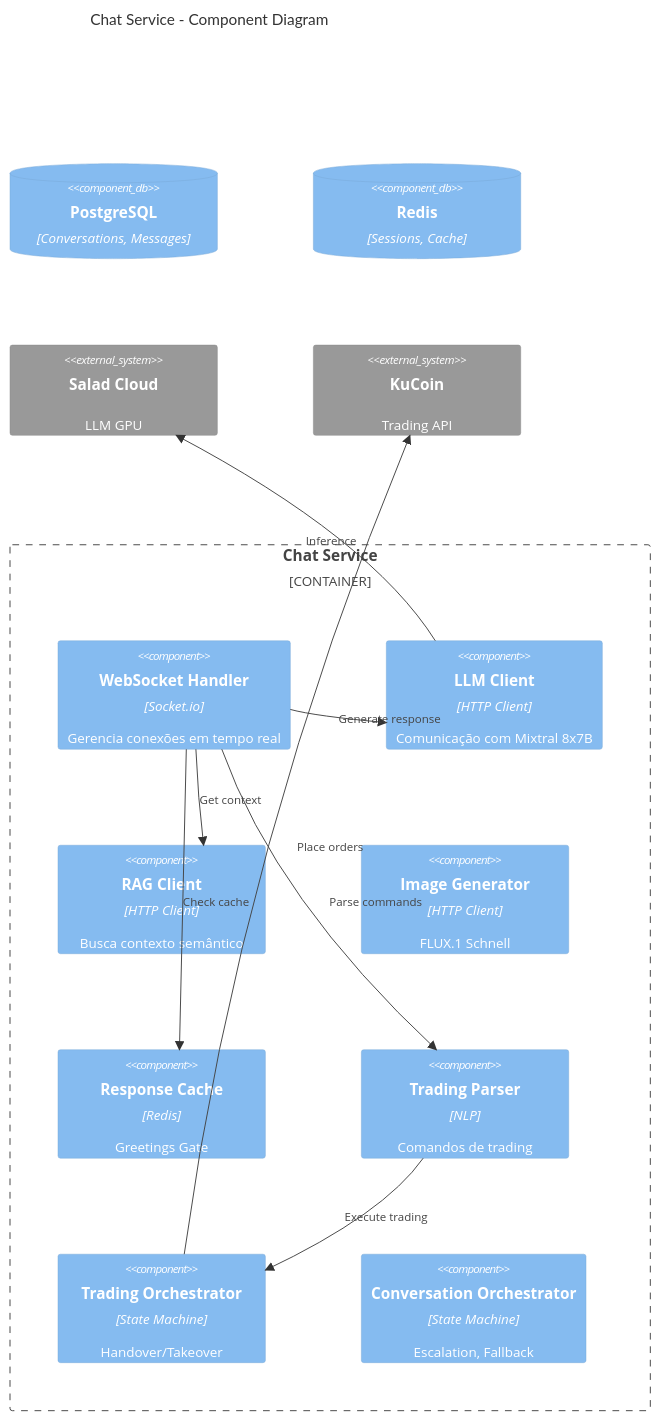
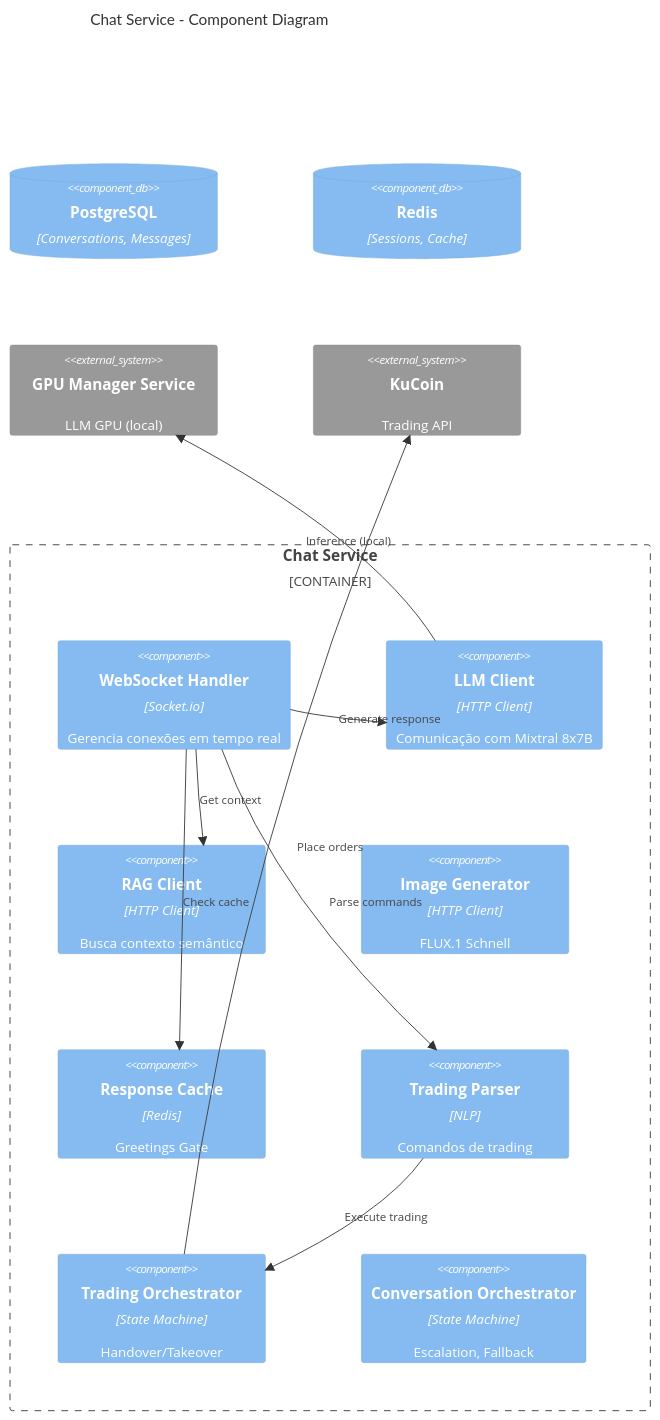
One commit to fillipeguerrabtc/alice changed the third of 13 diagrams in docs/ARQUITETURA.md. Above: the diagram before and after it, drawn with Mermaid. The commit also changed other lines of this file and 6 other files, not shown here.

````diff
--- a/docs/ARQUITETURA.md
+++ b/docs/ARQUITETURA.md
@@ -246,29 +246,29 @@
 ```mermaid
 C4Component
     title Chat Service - Component Diagram
 
     Container_Boundary(chat, "Chat Service") {
         Component(wsHandler, "WebSocket Handler", "Socket.io", "Gerencia conexões em tempo real")
         Component(llmClient, "LLM Client", "HTTP Client", "Comunicação com Mixtral 8x7B")
         Component(ragClient, "RAG Client", "HTTP Client", "Busca contexto semântico")
         Component(imageGen, "Image Generator", "HTTP Client", "FLUX.1 Schnell")
         Component(responseCache, "Response Cache", "Redis", "Greetings Gate")
         Component(tradingParser, "Trading Parser", "NLP", "Comandos de trading")
         Component(tradingOrch, "Trading Orchestrator", "State Machine", "Handover/Takeover")
         Component(convOrch, "Conversation Orchestrator", "State Machine", "Escalation, Fallback")
     }
     
     ComponentDb(db, "PostgreSQL", "Conversations, Messages")
     ComponentDb(redis, "Redis", "Sessions, Cache")
     
-    System_Ext(salad, "Salad Cloud", "LLM GPU")
+    System_Ext(gpuManager, "GPU Manager Service", "LLM GPU (local)")
     System_Ext(kucoin, "KuCoin", "Trading API")
     
     Rel(wsHandler, responseCache, "Check cache")
     Rel(wsHandler, ragClient, "Get context")
     Rel(wsHandler, llmClient, "Generate response")
     Rel(wsHandler, tradingParser, "Parse commands")
     Rel(tradingParser, tradingOrch, "Execute trading")
     Rel(tradingOrch, kucoin, "Place orders")
-    Rel(llmClient, salad, "Inference")
+    Rel(llmClient, gpuManager, "Inference (local)")
 ```
````
